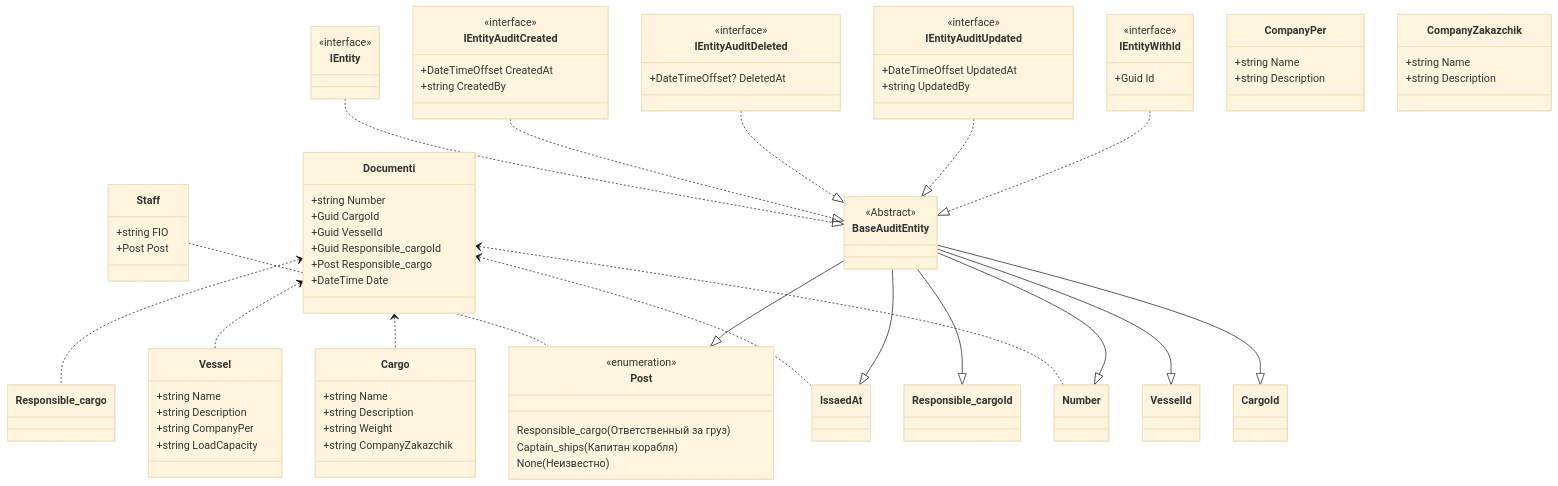
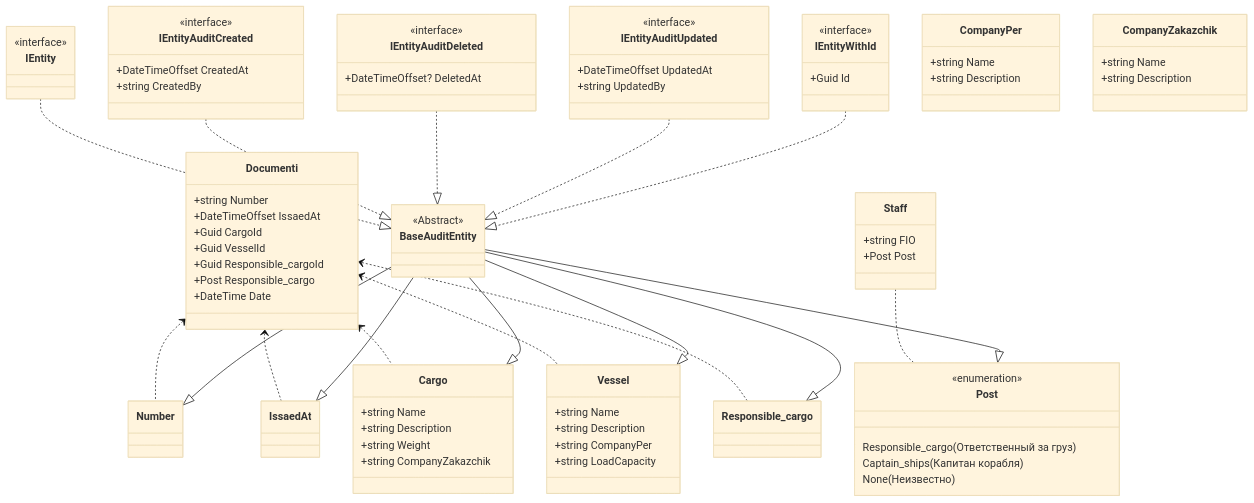
One commit to AlexanderKisel/PortKisel changed the diagram in README.md. Above: the diagram before and after it, drawn with Mermaid (base theme).

```diff
--- a/README.md
+++ b/README.md
@@ -11,9 +11,9 @@
     Staff .. Post
     BaseAuditEntity --|> Number
     BaseAuditEntity --|> IssaedAt
-    BaseAuditEntity --|> CargoId
-    BaseAuditEntity --|> VesselId
-    BaseAuditEntity --|> Responsible_cargoId
+    BaseAuditEntity --|> Cargo
+    BaseAuditEntity --|> Vessel
+    BaseAuditEntity --|> Responsible_cargo
     BaseAuditEntity --|> Post
     IEntity ..|> BaseAuditEntity
     IEntityAuditCreated ..|> BaseAuditEntity
@@ -67,7 +67,8 @@
         +Post Post
     }
     class Documenti {
-        +string Number 
+        +string Number
+        +DateTimeOffset IssaedAt
         +Guid CargoId 
         +Guid VesselId
         +Guid Responsible_cargoId
```
